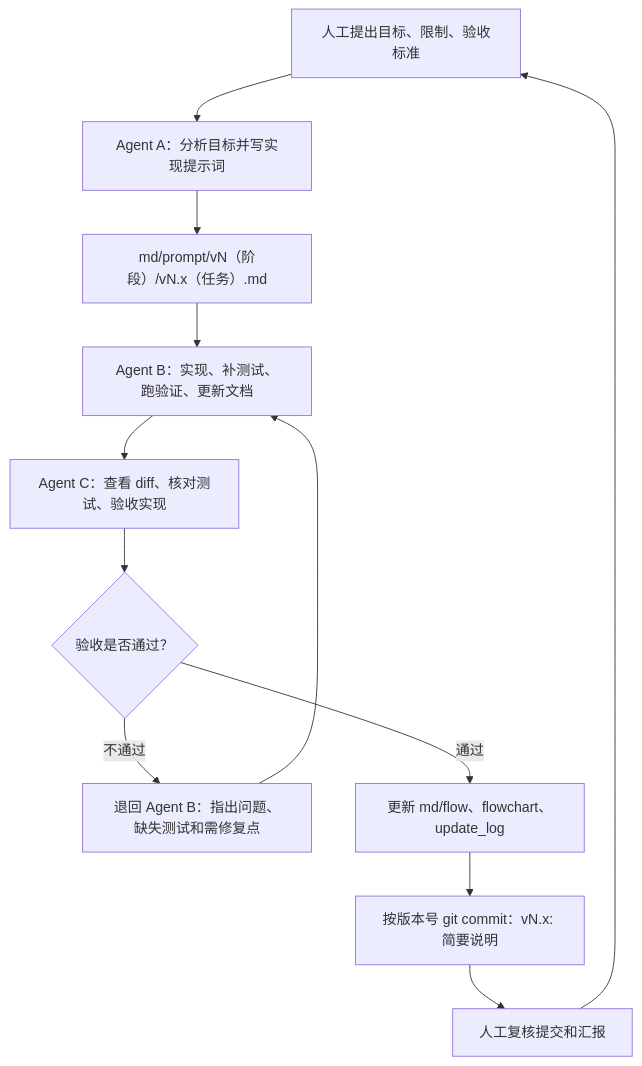
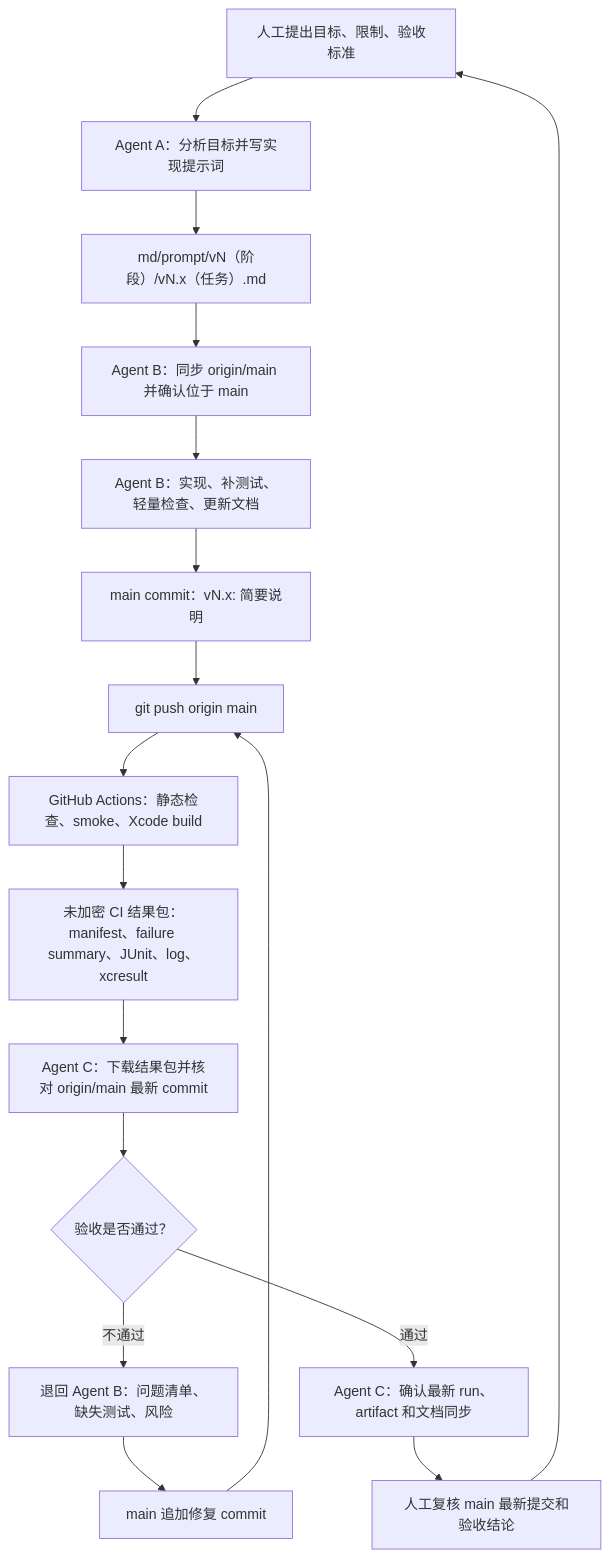
One commit to Altman-sam114/116 changed the fourth of 5 diagrams in md/flow/flowchart.md. Above: the diagram before and after it, drawn with Mermaid. The commit also changed other lines of this file and 7 other files, not shown here.

````diff
--- a/md/flow/flowchart.md
+++ b/md/flow/flowchart.md
@@ -73,14 +73,19 @@
 ```mermaid
 flowchart TD
   H["人工提出目标、限制、验收标准"] --> A["Agent A：分析目标并写实现提示词"]
   A --> P["md/prompt/vN（阶段）/vN.x（任务）.md"]
-  P --> B["Agent B：实现、补测试、跑验证、更新文档"]
-  B --> C["Agent C：查看 diff、核对测试、验收实现"]
+  P --> S["Agent B：同步 origin/main 并确认位于 main"]
+  S --> B["Agent B：实现、补测试、轻量检查、更新文档"]
+  B --> M["main commit：vN.x: 简要说明"]
+  M --> U["git push origin main"]
+  U --> G["GitHub Actions：静态检查、smoke、Xcode build"]
+  G --> Q["未加密 CI 结果包：manifest、failure summary、JUnit、log、xcresult"]
+  Q --> C["Agent C：下载结果包并核对 origin/main 最新 commit"]
   C --> D{"验收是否通过？"}
-  D -->|不通过| B2["退回 Agent B：指出问题、缺失测试和需修复点"]
-  B2 --> B
-  D -->|通过| F["更新 md/flow、flowchart、update_log"]
-  F --> G["按版本号 git commit：vN.x: 简要说明"]
-  G --> R["人工复核提交和汇报"]
-  R --> H
+  D -->|不通过| B2["退回 Agent B：问题清单、缺失测试、风险"]
+  B2 --> R["main 追加修复 commit"]
+  R --> U
+  D -->|通过| F["Agent C：确认最新 run、artifact 和文档同步"]
+  F --> K["人工复核 main 最新提交和验收结论"]
+  K --> H
 ```
````
